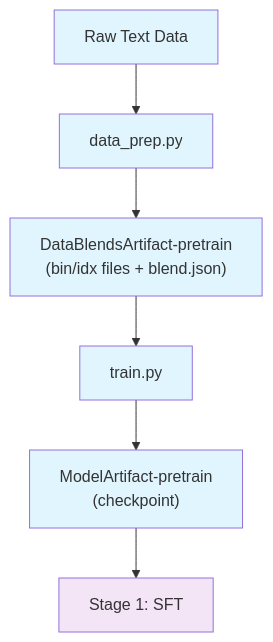
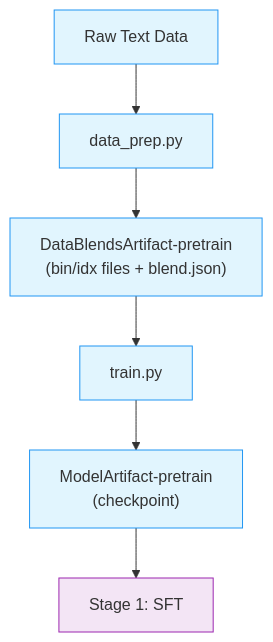
Before and after one commit to NVIDIA-NeMo/Nemotron: the diagram in docs/train/nano3/pretrain.md, drawn with Mermaid. The commit also changed other lines of this file and 40 other files, not shown here.

````diff
--- a/docs/train/nano3/pretrain.md
+++ b/docs/train/nano3/pretrain.md
@@ -355,15 +128,16 @@
 ```mermaid
+%%{init: {'theme': 'base', 'themeVariables': { 'primaryBorderColor': '#333333', 'lineColor': '#333333', 'primaryTextColor': '#333333'}}}%%
 flowchart TB
     raw["Raw Text Data"] --> dp["data_prep.py"]
     dp --> data["DataBlendsArtifact-pretrain<br/>(bin/idx files + blend.json)"]
     data --> train["train.py"]
     train --> model["ModelArtifact-pretrain<br/>(checkpoint)"]
     model --> next["Stage 1: SFT"]
 
-    style raw fill:#e1f5fe
-    style dp fill:#e1f5fe
-    style data fill:#e1f5fe
-    style train fill:#e1f5fe
-    style model fill:#e1f5fe
-    style next fill:#f3e5f5
+    style raw fill:#e1f5fe,stroke:#2196f3
+    style dp fill:#e1f5fe,stroke:#2196f3
+    style data fill:#e1f5fe,stroke:#2196f3
+    style train fill:#e1f5fe,stroke:#2196f3
+    style model fill:#e1f5fe,stroke:#2196f3
+    style next fill:#f3e5f5,stroke:#9c27b0
 ```
````
